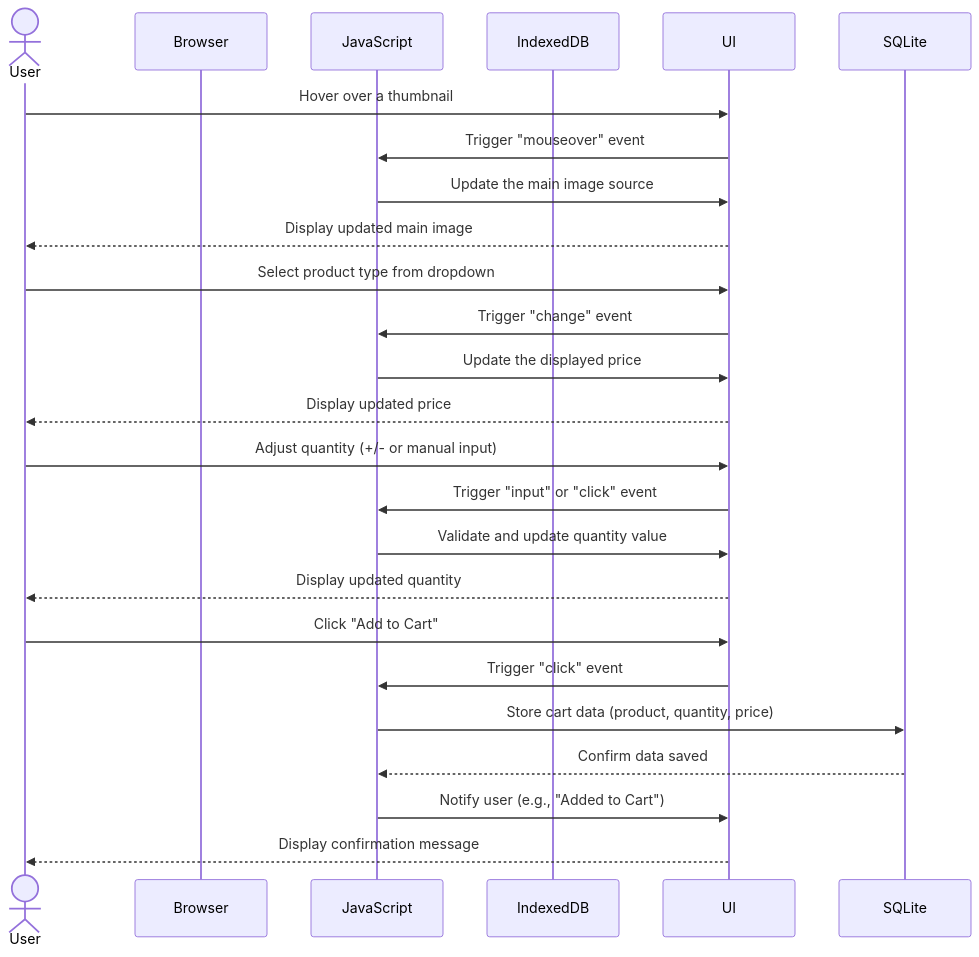
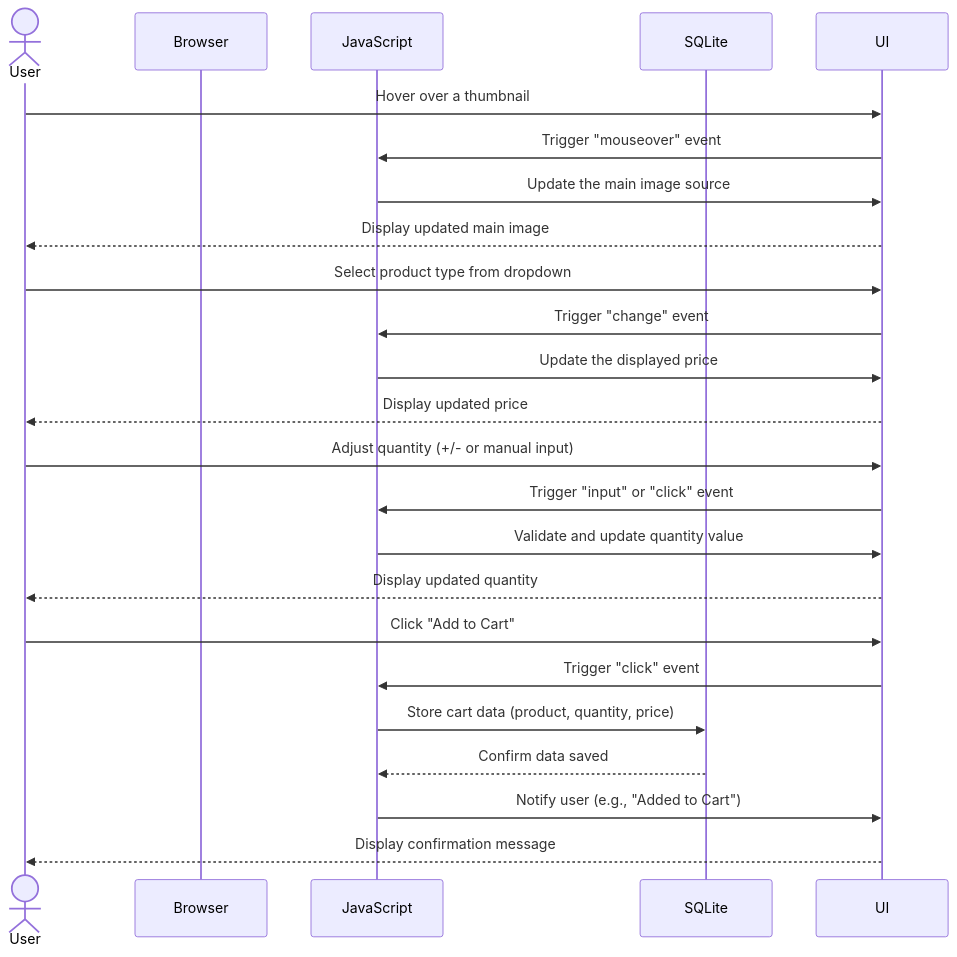
The diagram in team/m3/benson-zheng/feature-sequence-diagram.md (batterydied/Aquatica), drawn with Mermaid before and after one commit.

````diff
--- a/team/m3/benson-zheng/feature-sequence-diagram.md
+++ b/team/m3/benson-zheng/feature-sequence-diagram.md
@@ -1,31 +1,31 @@
 ```mermaid
 sequenceDiagram
 actor User
 participant Browser
 participant JavaScript
-participant IndexedDB
+participant SQLite
 participant UI
 
 User->>UI: Hover over a thumbnail
 UI->>JavaScript: Trigger "mouseover" event
 JavaScript->>UI: Update the main image source
 UI-->>User: Display updated main image
 
 User->>UI: Select product type from dropdown
 UI->>JavaScript: Trigger "change" event
 JavaScript->>UI: Update the displayed price
 UI-->>User: Display updated price
 
 User->>UI: Adjust quantity (+/- or manual input)
 UI->>JavaScript: Trigger "input" or "click" event
 JavaScript->>UI: Validate and update quantity value
 UI-->>User: Display updated quantity
 
 User->>UI: Click "Add to Cart"
 UI->>JavaScript: Trigger "click" event
 JavaScript->>SQLite: Store cart data (product, quantity, price)
 SQLite-->>JavaScript: Confirm data saved
 JavaScript->>UI: Notify user (e.g., "Added to Cart")
 UI-->>User: Display confirmation message
 
 ```
````
